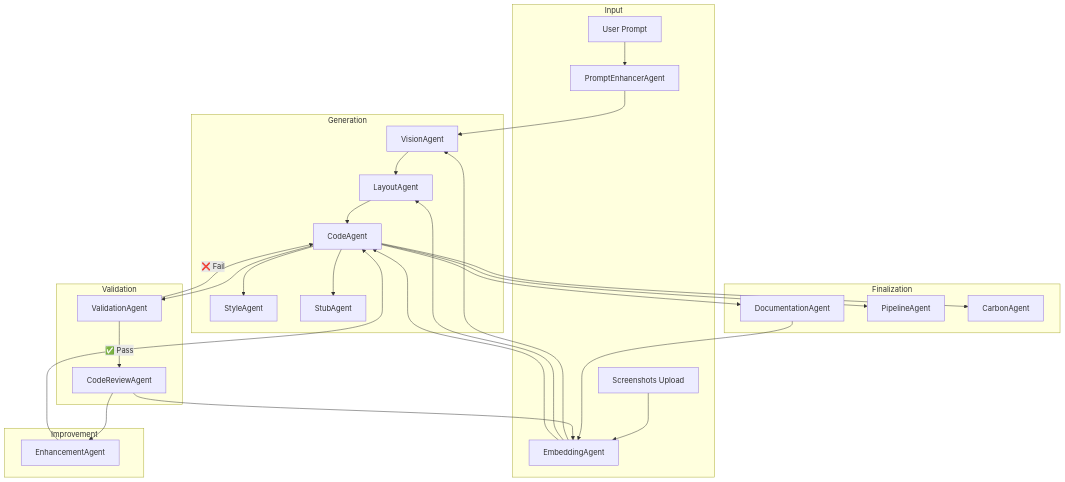
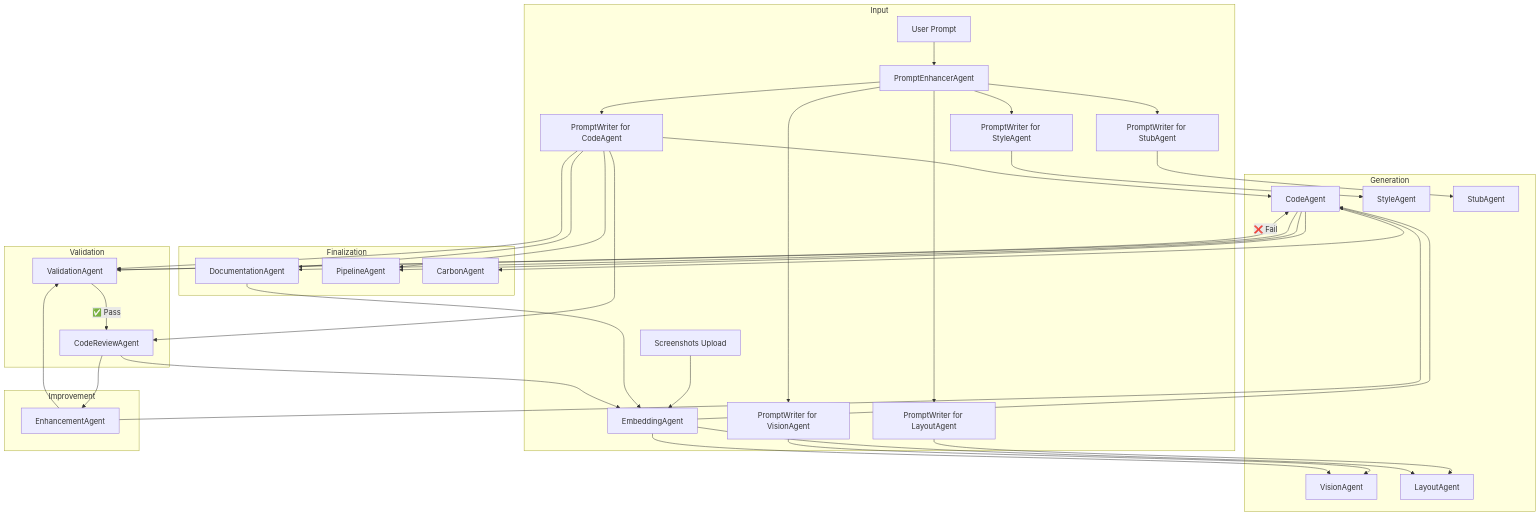
Before and after one commit to bhattkirtan/code-terminator: the diagram in AI_DevOps_Agent_Platform_README.md, drawn with Mermaid. The commit also changed other lines of this file, not shown here.

````diff
--- a/AI_DevOps_Agent_Platform_README.md
+++ b/AI_DevOps_Agent_Platform_README.md
@@ -5,39 +5,51 @@
 ```mermaid
 flowchart TD
     subgraph Input
         A[User Prompt] --> M[PromptEnhancerAgent]
+        M --> PW1[PromptWriter for VisionAgent]
+        M --> PW2[PromptWriter for LayoutAgent]
+        M --> PW3[PromptWriter for CodeAgent]
+        M --> PW4[PromptWriter for StyleAgent]
+        M --> PW5[PromptWriter for StubAgent]
         A1[Screenshots Upload] --> N[EmbeddingAgent]
     end
 
     subgraph Generation
-        M --> B[VisionAgent]
-        B --> C[LayoutAgent]
-        C --> D[CodeAgent]
-        D --> E[StyleAgent]
-        D --> F[StubAgent]
+        PW1 --> B[VisionAgent]
+        PW2 --> C[LayoutAgent]
+        PW3 --> D[CodeAgent]
+        PW4 --> E[StyleAgent]
+        PW5 --> F[StubAgent]
     end
 
     subgraph Validation
         D --> G[ValidationAgent]
+        PW3 --> G
         G -->|✅ Pass| H[CodeReviewAgent]
         G -->|❌ Fail| D
     end
 
     subgraph Improvement
+        PW3 --> H[CodeReviewAgent]
         H --> I[EnhancementAgent]
         I --> D
     end
 
     subgraph Finalization
-        D --> J[DocumentationAgent]
-        D --> K[PipelineAgent]
+        PW3 --> J[DocumentationAgent]
+        PW3 --> K[PipelineAgent]
+        D --> J
+        D --> K
         D --> L[CarbonAgent]
     end
 
     %% Embedding Agent informs core stages
     N --> B
     N --> C
     N --> D
     J --> N
     H --> N
+
+    %% Feedback Loop (Self-Healing Build)
+    I --> G
 ```
````
